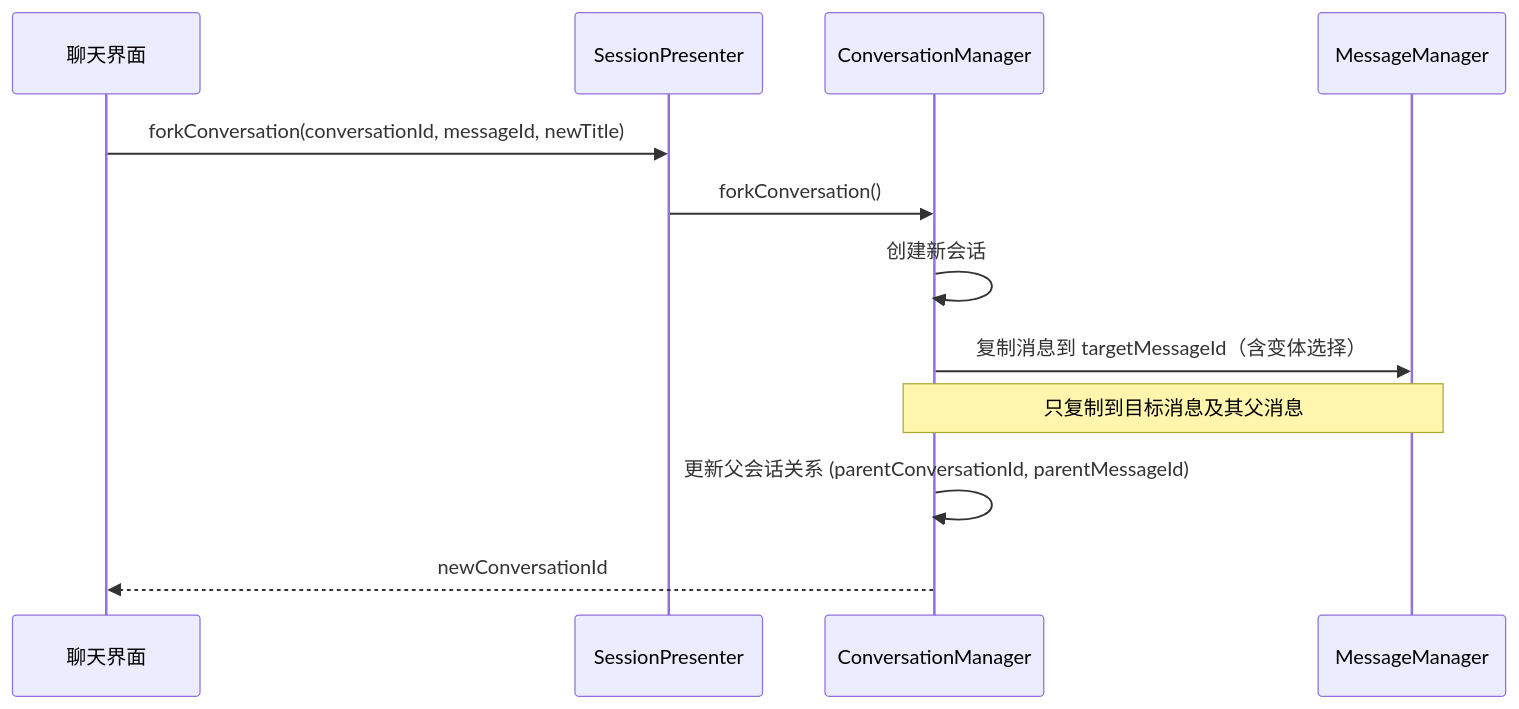
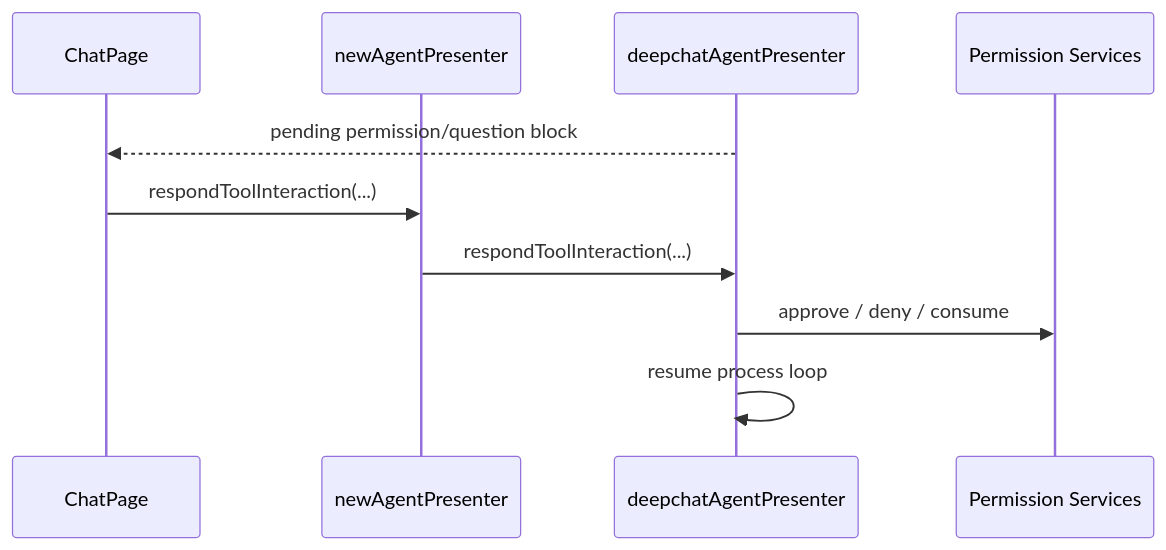
The third of 5 diagrams in docs/FLOWS.md (ThinkInAIXYZ/deepchat), drawn with Mermaid before and after one commit. The commit also changed other lines of this file and 194 other files, not shown here.

Commit message:
refactor(agent): archive legacy session stack

````diff
--- a/docs/FLOWS.md
+++ b/docs/FLOWS.md
@@ -585,15 +49,13 @@
 ```mermaid
 sequenceDiagram
-    participant UI as 聊天界面
-    participant SessionP as SessionPresenter
-    participant ConvMgr as ConversationManager
-    participant MsgMgr as MessageManager
+    participant UI as ChatPage
+    participant NewAgent as newAgentPresenter
+    participant DeepChat as deepchatAgentPresenter
+    participant Perm as Permission Services
 
-    UI->>SessionP: forkConversation(conversationId, messageId, newTitle)
-    SessionP->>ConvMgr: forkConversation()
-    ConvMgr->>ConvMgr: 创建新会话
-    ConvMgr->>MsgMgr: 复制消息到 targetMessageId（含变体选择）
-    Note over ConvMgr,MsgMgr: 只复制到目标消息及其父消息
-    ConvMgr->>ConvMgr: 更新父会话关系 (parentConversationId, parentMessageId)
-    ConvMgr-->>UI: newConversationId
+    DeepChat-->>UI: pending permission/question block
+    UI->>NewAgent: respondToolInteraction(...)
+    NewAgent->>DeepChat: respondToolInteraction(...)
+    DeepChat->>Perm: approve / deny / consume
+    DeepChat->>DeepChat: resume process loop
 ```
````
